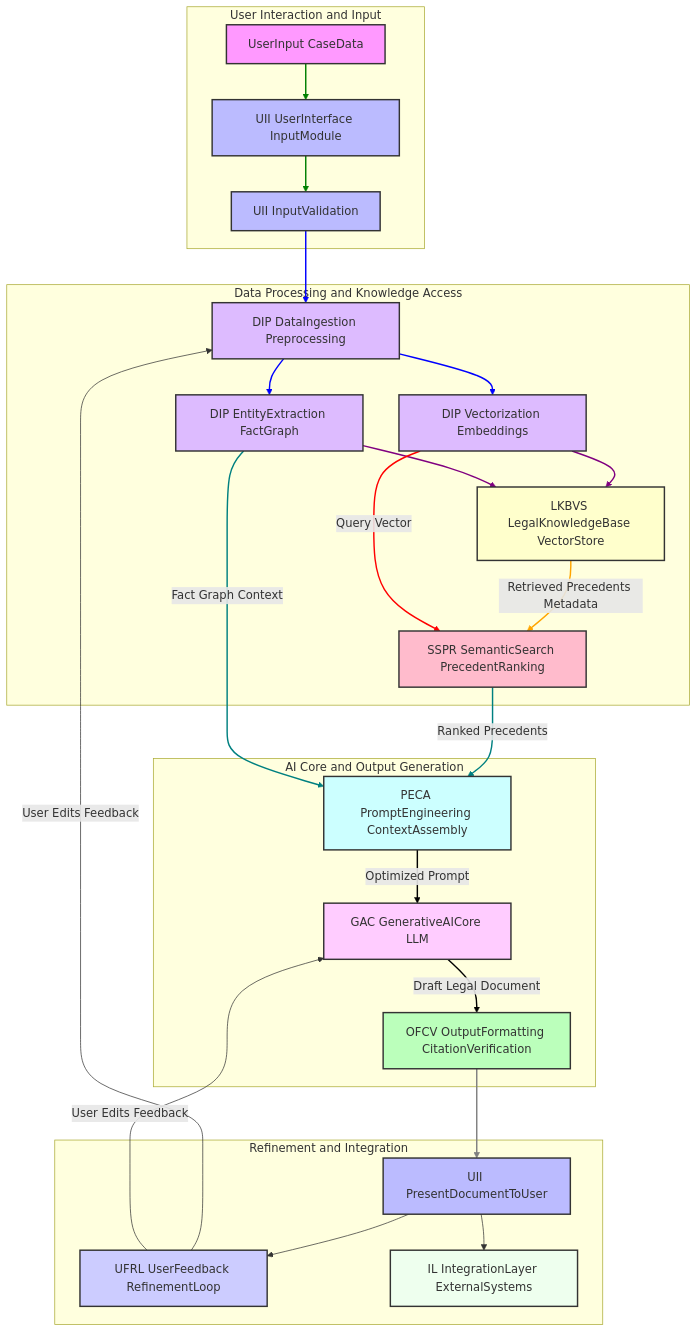
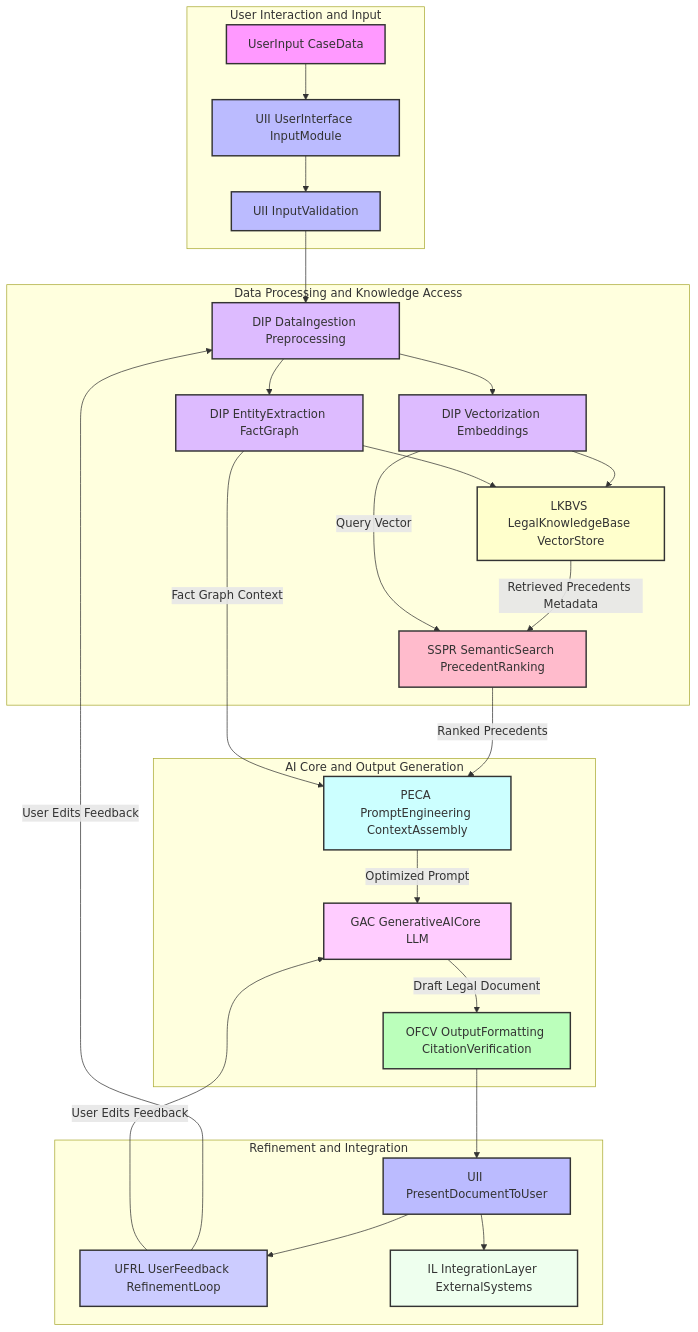
The first of 10 diagrams in inventions/104_ai_legal_brief_and_argument_generator.md (diplomat-bit/Citibank_Demo_Business_Inc_Demonstration-), drawn with Mermaid before and after one commit. The commit also changed other lines of this file, not shown here.

````diff
--- a/inventions/104_ai_legal_brief_and_argument_generator.md
+++ b/inventions/104_ai_legal_brief_and_argument_generator.md
@@ -111,62 +197,47 @@
 ```mermaid
 graph TD
     subgraph User Interaction and Input
         A[UserInput CaseData] --> B[UII UserInterface InputModule]
         B --> C[UII InputValidation]
     end
 
     subgraph Data Processing and Knowledge Access
         C --> D[DIP DataIngestion Preprocessing]
         D --> E[DIP EntityExtraction FactGraph]
         D --> F[DIP Vectorization Embeddings]
         F --> G[LKBVS LegalKnowledgeBase VectorStore]
         E --> G
         G -- Retrieved Precedents Metadata --> H[SSPR SemanticSearch PrecedentRanking]
     end
 
     subgraph AI Core and Output Generation
         F -- Query Vector --> H
         H -- Ranked Precedents --> I[PECA PromptEngineering ContextAssembly]
         E -- Fact Graph Context --> I
         I -- Optimized Prompt --> J[GAC GenerativeAICore LLM]
         J -- Draft Legal Document --> K[OFCV OutputFormatting CitationVerification]
     end
 
     subgraph Refinement and Integration
         K --> L[UII PresentDocumentToUser]
         L --> M[UFRL UserFeedback RefinementLoop]
         M -- User Edits Feedback --> D
         M -- User Edits Feedback --> J
         L --> N[IL IntegrationLayer ExternalSystems]
     end
 
     style A fill:#f9f,stroke:#333,stroke-width:2px
     style B fill:#bbf,stroke:#333,stroke-width:2px
     style C fill:#bbf,stroke:#333,stroke-width:2px
     style D fill:#dbf,stroke:#333,stroke-width:2px
     style E fill:#dbf,stroke:#333,stroke-width:2px
     style F fill:#dbf,stroke:#333,stroke-width:2px
     style G fill:#ffc,stroke:#333,stroke-width:2px
     style H fill:#fbc,stroke:#333,stroke-width:2px
     style I fill:#cff,stroke:#333,stroke-width:2px
     style J fill:#fcf,stroke:#333,stroke-width:2px
     style K fill:#bfb,stroke:#333,stroke-width:2px
     style L fill:#bbf,stroke:#333,stroke-width:2px
     style M fill:#ccf,stroke:#333,stroke-width:2px
     style N fill:#efe,stroke:#333,stroke-width:2px
-
-    linkStyle 0 stroke-width:2px,fill:none,stroke:green;
-    linkStyle 1 stroke-width:2px,fill:none,stroke:green;
-    linkStyle 2 stroke-width:2px,fill:none,stroke:blue;
-    linkStyle 3 stroke-width:2px,fill:none,stroke:blue;
-    linkStyle 4 stroke-width:2px,fill:none,stroke:blue;
-    linkStyle 5 stroke-width:2px,fill:none,stroke:purple;
-    linkStyle 6 stroke-width:2px,fill:none,stroke:purple;
-    linkStyle 7 stroke-width:2px,fill:none,stroke:orange;
-    linkStyle 8 stroke-width:2px,fill:none,stroke:red;
-    linkStyle 9 stroke-width:2px,fill:none,stroke:teal;
-    linkStyle 10 stroke-width:2px,fill:none,stroke:teal;
-    linkStyle 11 stroke-width:2px,fill:none,stroke:black;
-    linkStyle 12 stroke-width:2px,fill:none,stroke:black;
-    linkStyle 13 stroke-width:2px,fill:none,stroke:gray;
 ```
````
